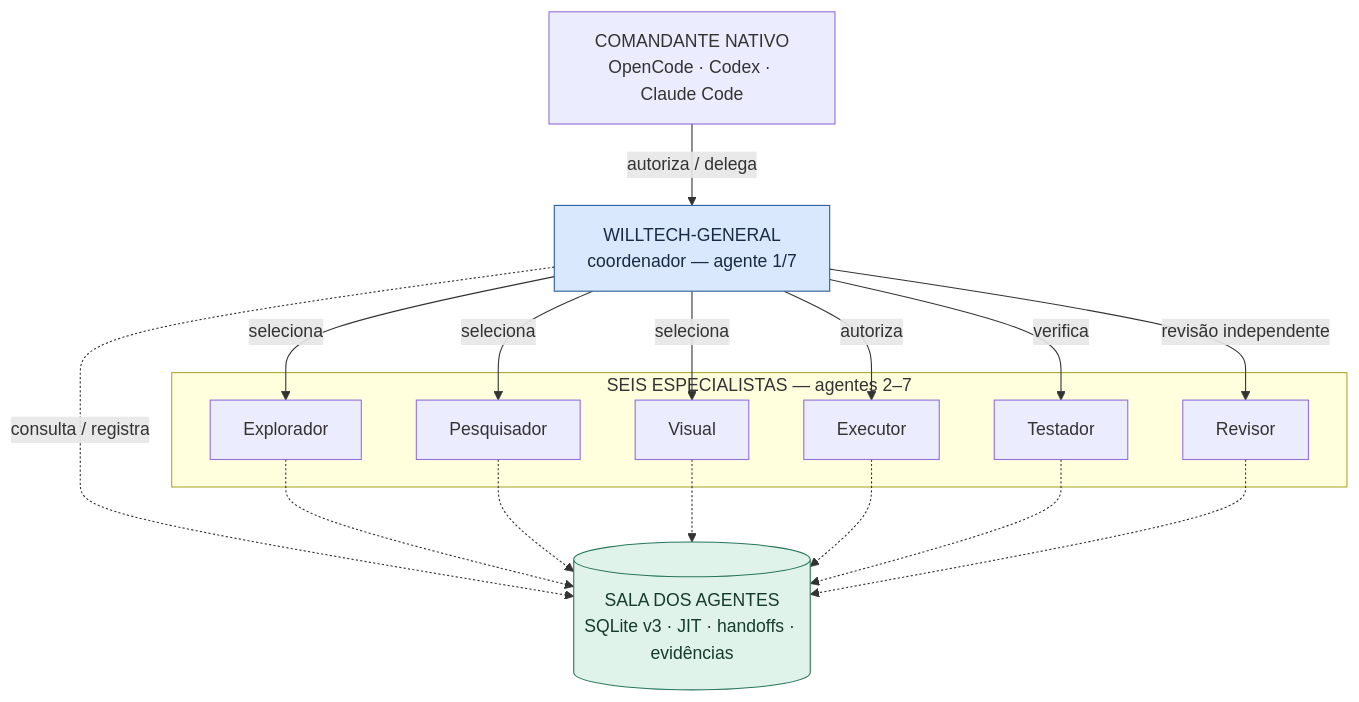
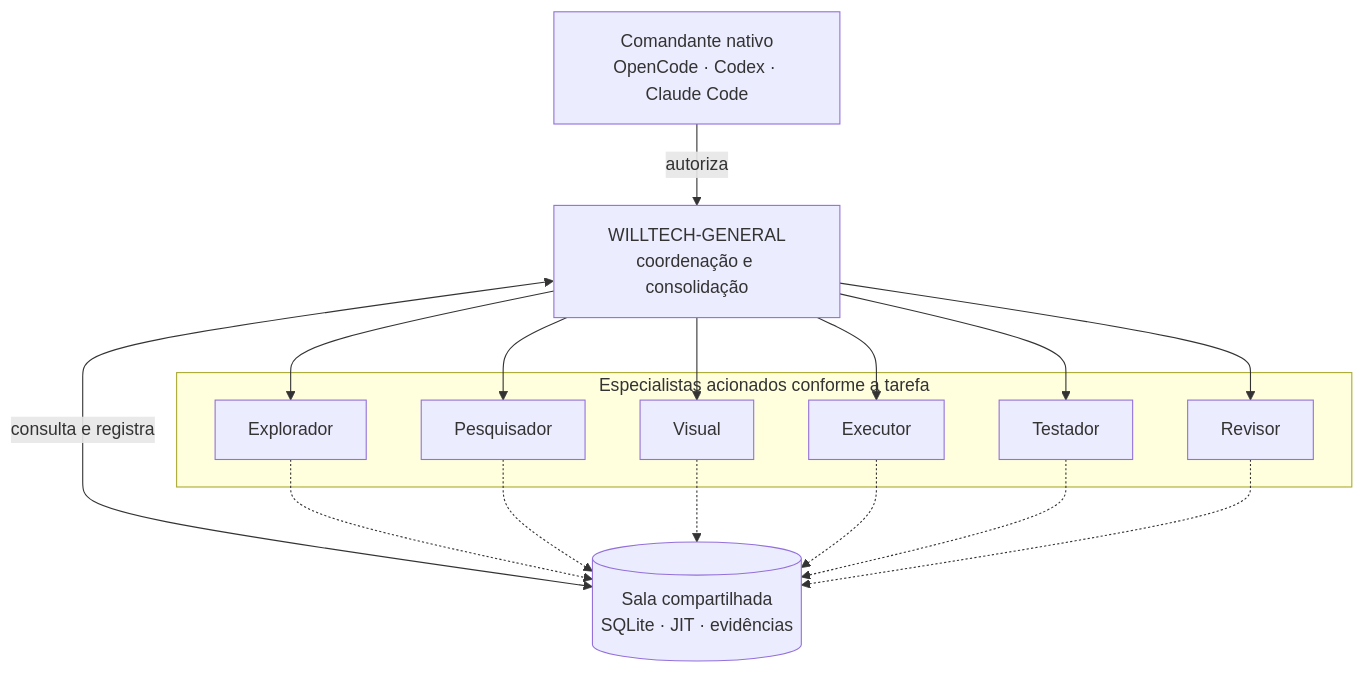
Before and after one commit to hebwil/willtech-general: the diagram in README.md, drawn with Mermaid. The commit also changed other lines of this file, not shown here.

Commit message:
docs(readme): apresentar WillTech-General 3.1.1 como produto final

````diff
--- a/README.md
+++ b/README.md
@@ -121,32 +57,28 @@
-~~~mermaid
+```mermaid
 flowchart TB
-    Native["COMANDANTE NATIVO\nOpenCode · Codex · Claude Code"]
-    General["WILLTECH-GENERAL\ncoordenador — agente 1/7"]
-    subgraph Specialists["SEIS ESPECIALISTAS — agentes 2–7"]
-        Explorer["Explorador"]
-        Researcher["Pesquisador"]
-        Visual["Visual"]
-        Executor["Executor"]
-        Tester["Testador"]
-        Reviewer["Revisor"]
+    Host["Comandante nativo<br/>OpenCode · Codex · Claude Code"]
+    General["WILLTECH-GENERAL<br/>coordenação e consolidação"]
+    subgraph Team["Especialistas acionados conforme a tarefa"]
+      E["Explorador"]
+      P["Pesquisador"]
+      V["Visual"]
+      X["Executor"]
+      T["Testador"]
+      R["Revisor"]
     end
-    Room[("SALA DOS AGENTES\nSQLite v3 · JIT · handoffs · evidências")]
-    Native -->|"autoriza / delega"| General
-    General -->|"seleciona"| Explorer
-    General -->|"seleciona"| Researcher
-    General -->|"seleciona"| Visual
-    General -->|"autoriza"| Executor
-    General -->|"verifica"| Tester
-    General -->|"revisão independente"| Reviewer
-    General -.->|"consulta / registra"| Room
-    Explorer -.-> Room
-    Researcher -.-> Room
-    Visual -.-> Room
-    Executor -.-> Room
-    Tester -.-> Room
-    Reviewer -.-> Room
-    classDef coordinator fill:#d9e8fd,stroke:#2c5e9e,color:#182b42;
-    classDef memory fill:#e0f3ea,stroke:#28765a,color:#163b2c;
-    class General coordinator;
-    class Room memory;
-~~~
+    Room[("Sala compartilhada<br/>SQLite · JIT · evidências")]
+    Host -->|"autoriza"| General
+    General --> E
+    General --> P
+    General --> V
+    General --> X
+    General --> T
+    General --> R
+    General <-->|"consulta e registra"| Room
+    E -.-> Room
+    P -.-> Room
+    V -.-> Room
+    X -.-> Room
+    T -.-> Room
+    R -.-> Room
+```
````
